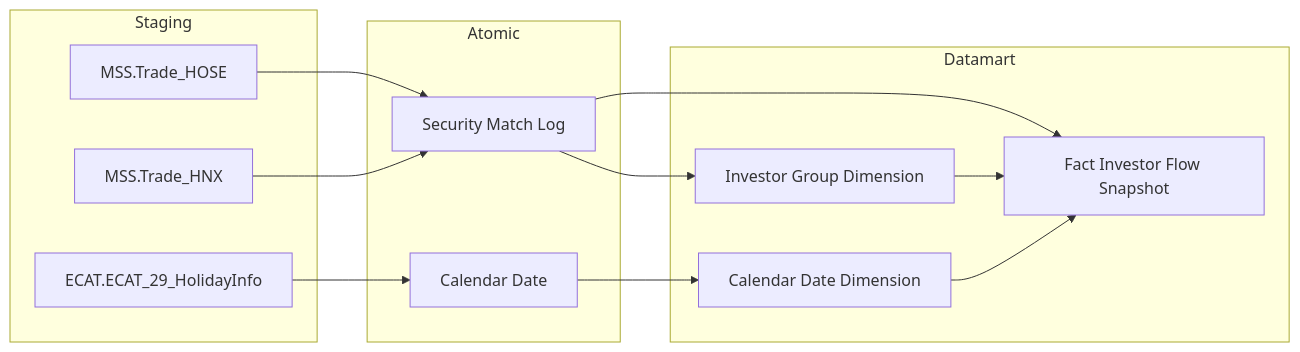
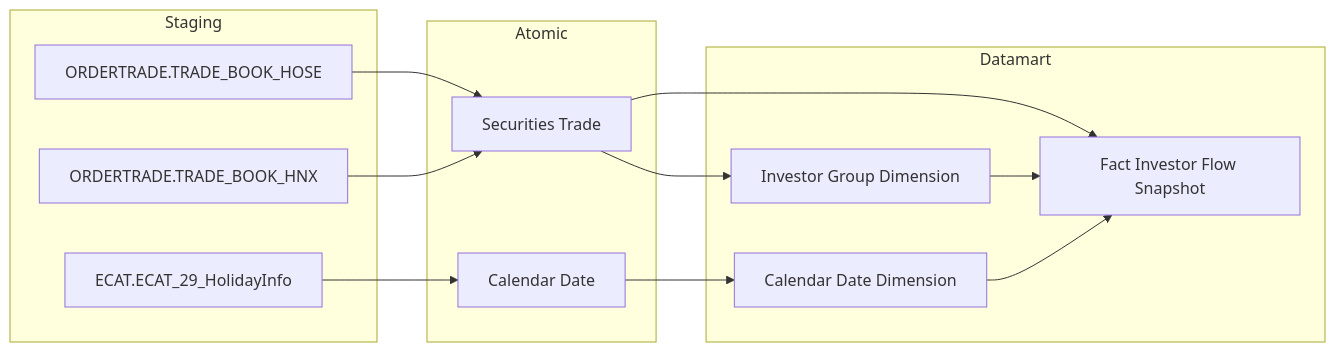
The fourth of 53 diagrams in Datamart/hld/DTM_PTTT_HLD.md (linhlvit/ubck_atomic_design), drawn with Mermaid before and after one commit. The commit also changed other lines of this file and 21 other files, not shown here.

````diff
--- a/Datamart/hld/DTM_PTTT_HLD.md
+++ b/Datamart/hld/DTM_PTTT_HLD.md
@@ -159,25 +159,25 @@
 ```mermaid
 flowchart LR
     subgraph SRC["Staging"]
-        MSS_Trade_HOSE5["MSS.Trade_HOSE"]
-        MSS_Trade_HNX5["MSS.Trade_HNX"]
+        ORDERTRADE_TRADE_BOOK_HOSE5["ORDERTRADE.TRADE_BOOK_HOSE"]
+        ORDERTRADE_TRADE_BOOK_HNX5["ORDERTRADE.TRADE_BOOK_HNX"]
         ECAT_ECAT_29_HolidayInfo5["ECAT.ECAT_29_HolidayInfo"]
     end
     subgraph SIL["Atomic"]
-        Security_Match_Log5["Security Match Log"]
+        Securities_Trade5["Securities Trade"]
         Calendar_Date5["Calendar Date"]
     end
     subgraph GOLD["Datamart"]
         fct_investor_flow_snpst["Fact Investor Flow Snapshot"]
         cdr_dt_dim5["Calendar Date Dimension"]
         investor_group_dim5["Investor Group Dimension"]
     end
-    MSS_Trade_HOSE5 --> Security_Match_Log5
-    MSS_Trade_HNX5 --> Security_Match_Log5
+    ORDERTRADE_TRADE_BOOK_HOSE5 --> Securities_Trade5
+    ORDERTRADE_TRADE_BOOK_HNX5 --> Securities_Trade5
     ECAT_ECAT_29_HolidayInfo5 --> Calendar_Date5
-    Security_Match_Log5 --> fct_investor_flow_snpst
-    Security_Match_Log5 --> investor_group_dim5
+    Securities_Trade5 --> fct_investor_flow_snpst
+    Securities_Trade5 --> investor_group_dim5
     Calendar_Date5 --> cdr_dt_dim5
     cdr_dt_dim5 --> fct_investor_flow_snpst
     investor_group_dim5 --> fct_investor_flow_snpst
 ```
````
